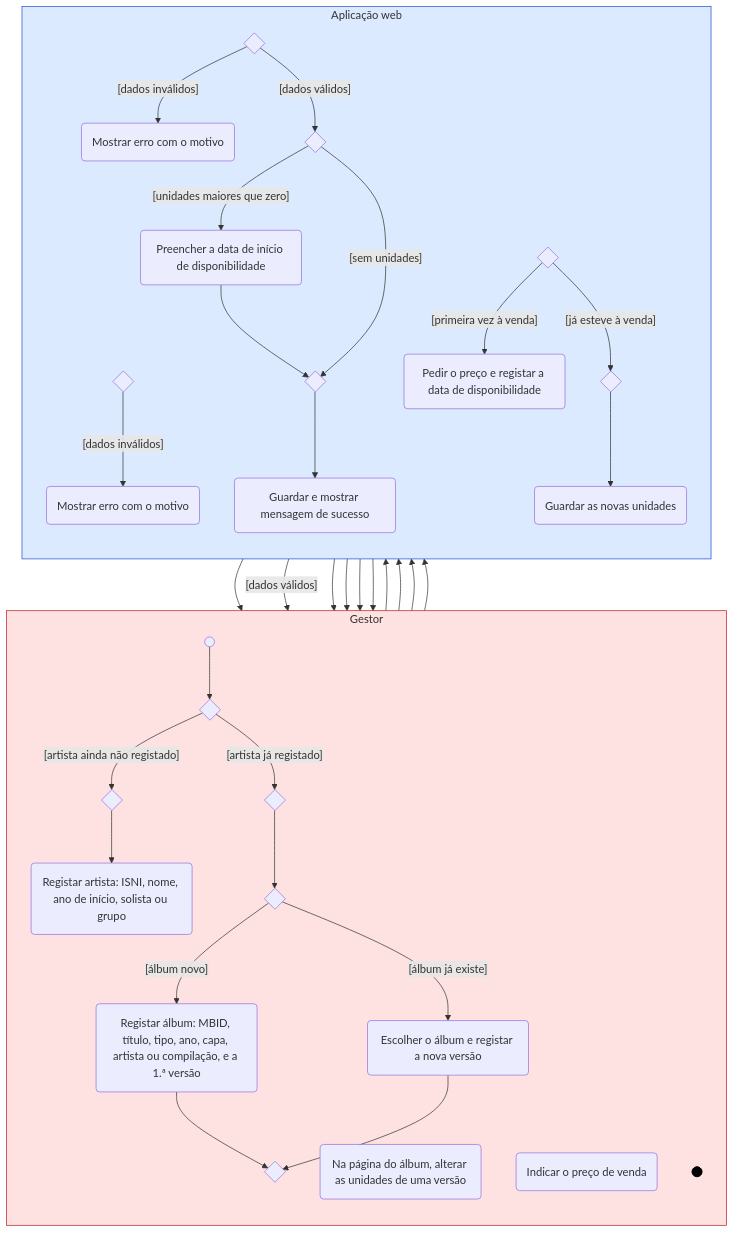
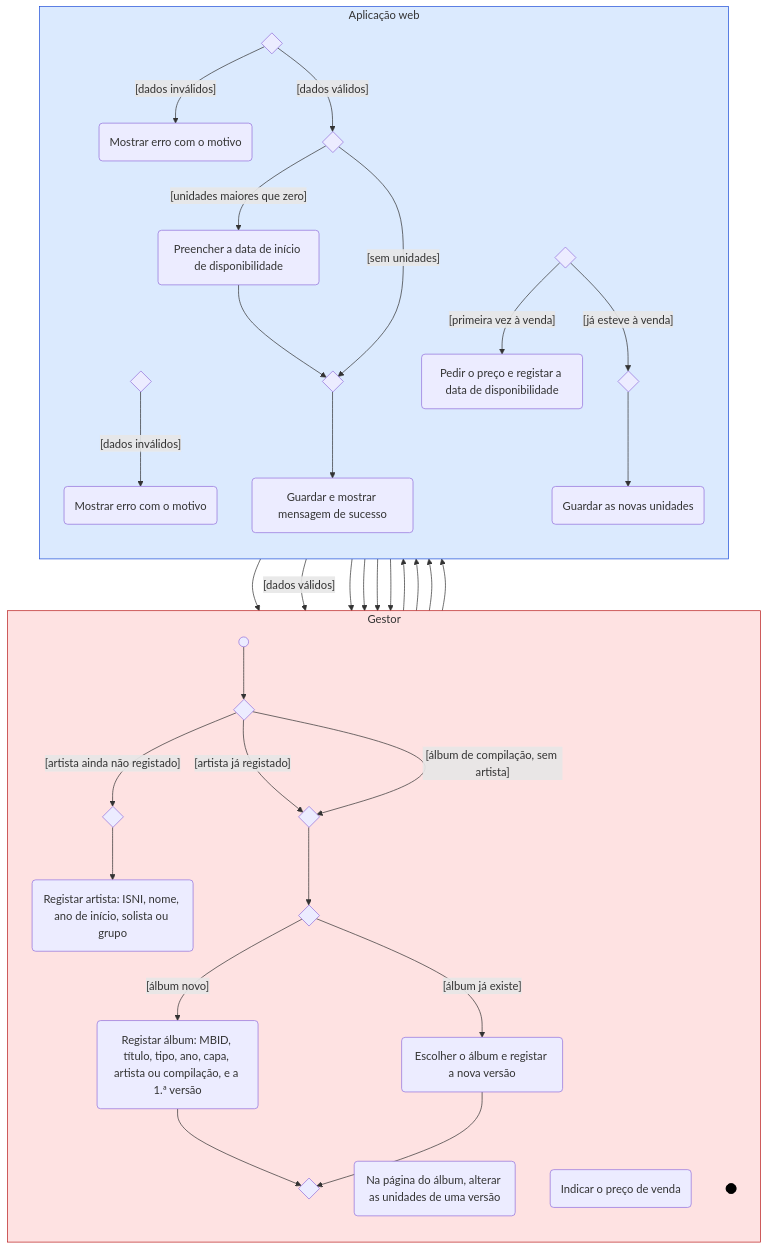
One commit to malat0o/PGP changed the fifth of 5 diagrams in etapa1/atividades/atividades.md. Above: the diagram before and after it, drawn with Mermaid. The commit also changed other lines of this file and 44 other files, not shown here.

````diff
--- a/etapa1/atividades/atividades.md
+++ b/etapa1/atividades/atividades.md
@@ -279,56 +282,57 @@
 ```mermaid
 flowchart TB
   subgraph G["Gestor"]
     direction TB
     I1@{ shape: sm-circ }
     D1@{ shape: diam, label: " " }
     M0@{ shape: diam, label: " " }
     K1("Registar artista: ISNI, nome, ano de início, solista ou grupo")
     M1@{ shape: diam, label: " " }
     D3@{ shape: diam, label: " " }
     K3("Registar álbum: MBID, título, tipo, ano, capa, artista ou compilação, e a 1.ª versão")
     K4("Escolher o álbum e registar a nova versão")
     M2@{ shape: diam, label: " " }
     K8("Na página do álbum, alterar as unidades de uma versão")
     K10("Indicar o preço de venda")
     F1@{ shape: fr-circ }
   end
   subgraph W["Aplicação web"]
     direction TB
     D2@{ shape: diam, label: " " }
     K2("Mostrar erro com o motivo")
     D4@{ shape: diam, label: " " }
     K5("Mostrar erro com o motivo")
     D5@{ shape: diam, label: " " }
     K6("Preencher a data de início de disponibilidade")
     M3@{ shape: diam, label: " " }
     K7("Guardar e mostrar mensagem de sucesso")
     D6@{ shape: diam, label: " " }
     K9("Pedir o preço e registar a data de disponibilidade")
     M4@{ shape: diam, label: " " }
     K11("Guardar as novas unidades")
   end
 
   I1 --> D1
   D1 -->|"[artista ainda não registado]"| M0 --> K1 --> D2
   D2 -->|"[dados inválidos]"| K2 --> M0
   D2 -->|"[dados válidos]"| M1
   D1 -->|"[artista já registado]"| M1
+  D1 -->|"[álbum de compilação, sem artista]"| M1
   M1 --> D3
   D3 -->|"[álbum novo]"| K3 --> M2
   D3 -->|"[álbum já existe]"| K4 --> M2
   M2 --> D4
   D4 -->|"[dados inválidos]"| K5 --> M1
   D4 -->|"[dados válidos]"| D5
   D5 -->|"[unidades maiores que zero]"| K6 --> M3
   D5 -->|"[sem unidades]"| M3
   M3 --> K7 --> K8 --> D6
   D6 -->|"[primeira vez à venda]"| K9 --> K10 --> M4
   D6 -->|"[já esteve à venda]"| M4
   M4 --> K11 --> F1
 
   style I1 fill:#000,stroke:#000
   style F1 fill:#000,stroke:#000
   style G fill:#fee2e2,stroke:#b91c1c
   style W fill:#dbeafe,stroke:#1d4ed8
 ```
````
